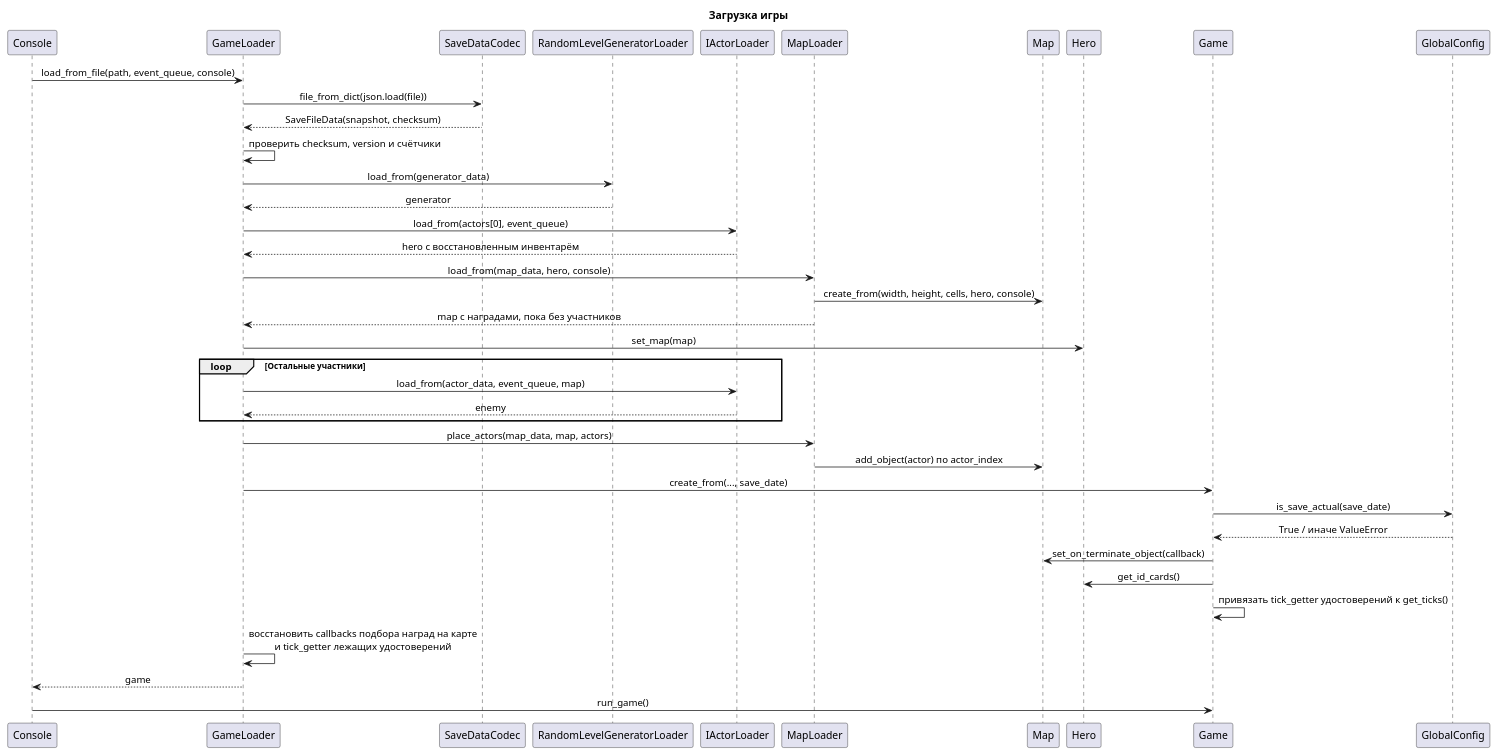
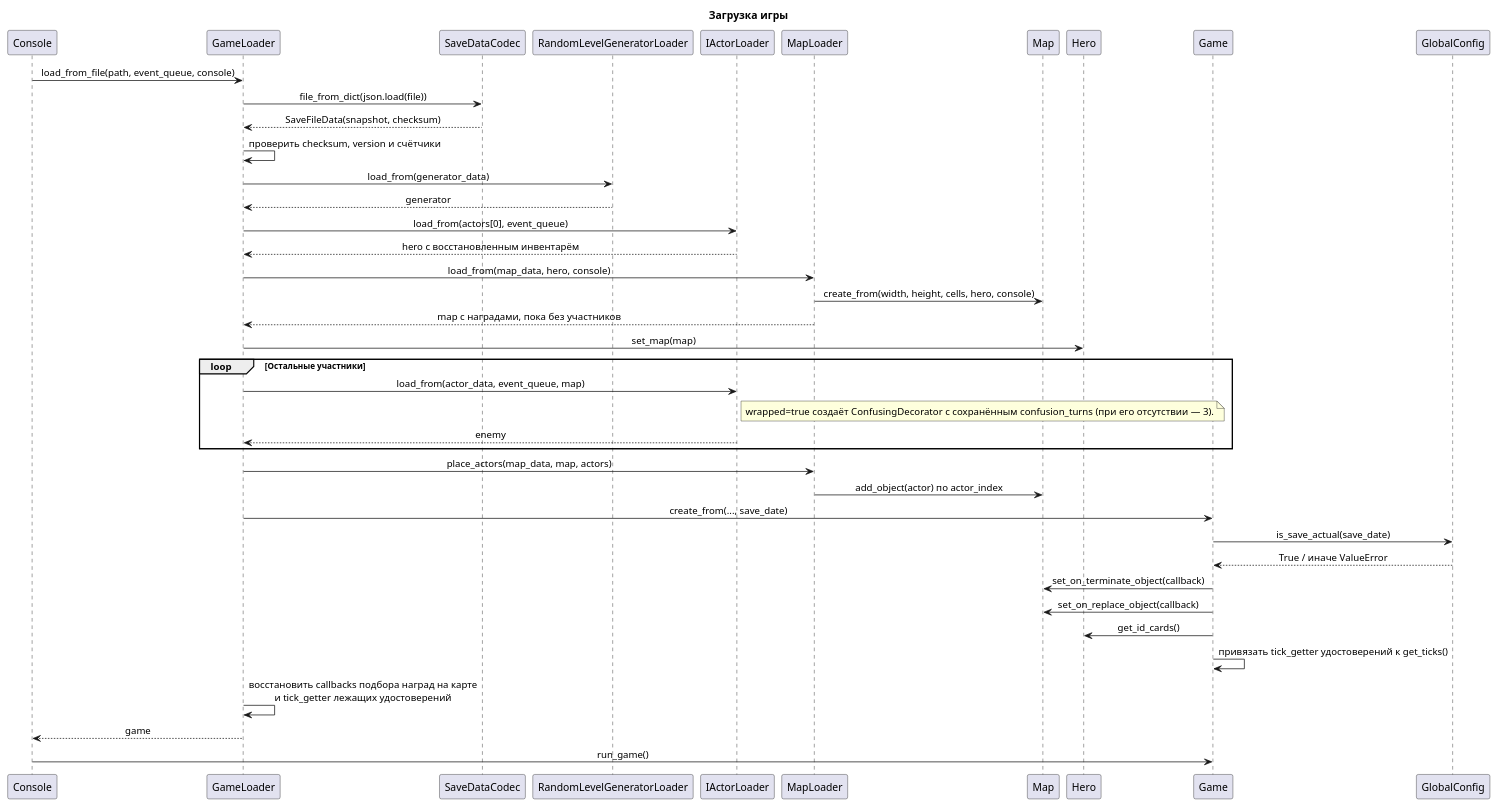
One commit to ISArchitec/Roguelike changed the diagram in docs/diagrams/sequence/sequence_loading.plantuml. Above: the diagram before and after it, drawn with PlantUML. The commit also changed 8 other files, not shown here.

```diff
--- a/docs/diagrams/sequence/sequence_loading.plantuml
+++ b/docs/diagrams/sequence/sequence_loading.plantuml
@@ -1,46 +1,48 @@
 @startuml
 skinparam shadowing false
 skinparam sequenceParticipant roundCorner 0
 skinparam sequenceLifeLineBorderColor black
 skinparam sequenceLifeLineBackgroundColor white
 skinparam sequenceMessageAlign center
 title Загрузка игры
 
 participant Console
 participant GameLoader
 participant SaveDataCodec as Codec
 participant RandomLevelGeneratorLoader as GeneratorLoader
 participant IActorLoader as ActorLoader
 participant MapLoader
 participant Map
 participant Hero
 participant Game
 participant GlobalConfig as Config
 Console -> GameLoader: load_from_file(path, event_queue, console)
 GameLoader -> Codec: file_from_dict(json.load(file))
 Codec --> GameLoader: SaveFileData(snapshot, checksum)
 GameLoader -> GameLoader: проверить checksum, version и счётчики
 GameLoader -> GeneratorLoader: load_from(generator_data)
 GeneratorLoader --> GameLoader: generator
 GameLoader -> ActorLoader: load_from(actors[0], event_queue)
 ActorLoader --> GameLoader: hero с восстановленным инвентарём
 GameLoader -> MapLoader: load_from(map_data, hero, console)
 MapLoader -> Map: create_from(width, height, cells, hero, console)
 MapLoader --> GameLoader: map с наградами, пока без участников
 GameLoader -> Hero: set_map(map)
 loop Остальные участники
     GameLoader -> ActorLoader: load_from(actor_data, event_queue, map)
+    note right of ActorLoader: wrapped=true создаёт ConfusingDecorator с сохранённым confusion_turns (при его отсутствии — 3).
     ActorLoader --> GameLoader: enemy
 end
 GameLoader -> MapLoader: place_actors(map_data, map, actors)
 MapLoader -> Map: add_object(actor) по actor_index
 GameLoader -> Game: create_from(..., save_date)
 Game -> Config: is_save_actual(save_date)
 Config --> Game: True / иначе ValueError
 Game -> Map: set_on_terminate_object(callback)
+Game -> Map: set_on_replace_object(callback)
 Game -> Hero: get_id_cards()
 Game -> Game: привязать tick_getter удостоверений к get_ticks()
 GameLoader -> GameLoader: восстановить callbacks подбора наград на карте\nи tick_getter лежащих удостоверений
 GameLoader --> Console: game
 Console -> Game: run_game()
 @enduml
```
